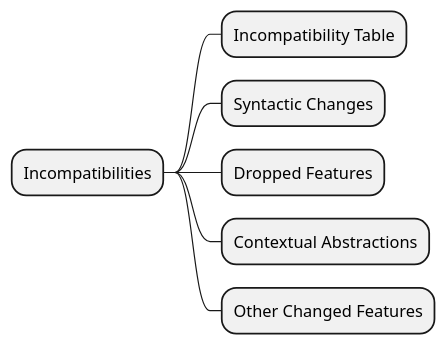
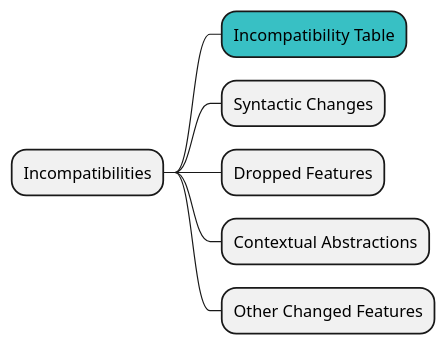
The fourth of 6 diagrams in docs/step01/04_Migration_guideを俯瞰してみる.md (shinharad/getting-started-with-scala3), drawn with PlantUML before and after one commit. The commit also changed 5 other files, not shown here.

````diff
--- a/docs/step01/04_Migration_guideを俯瞰してみる.md
+++ b/docs/step01/04_Migration_guideを俯瞰してみる.md
@@ -66,10 +66,10 @@
 ```plantuml
 @startmindmap
 * Incompatibilities
-** Incompatibility Table
+**[#38c0c4] Incompatibility Table
 ** Syntactic Changes
 ** Dropped Features
 ** Contextual Abstractions
 ** Other Changed Features
 @endmindmap
 ```
````
